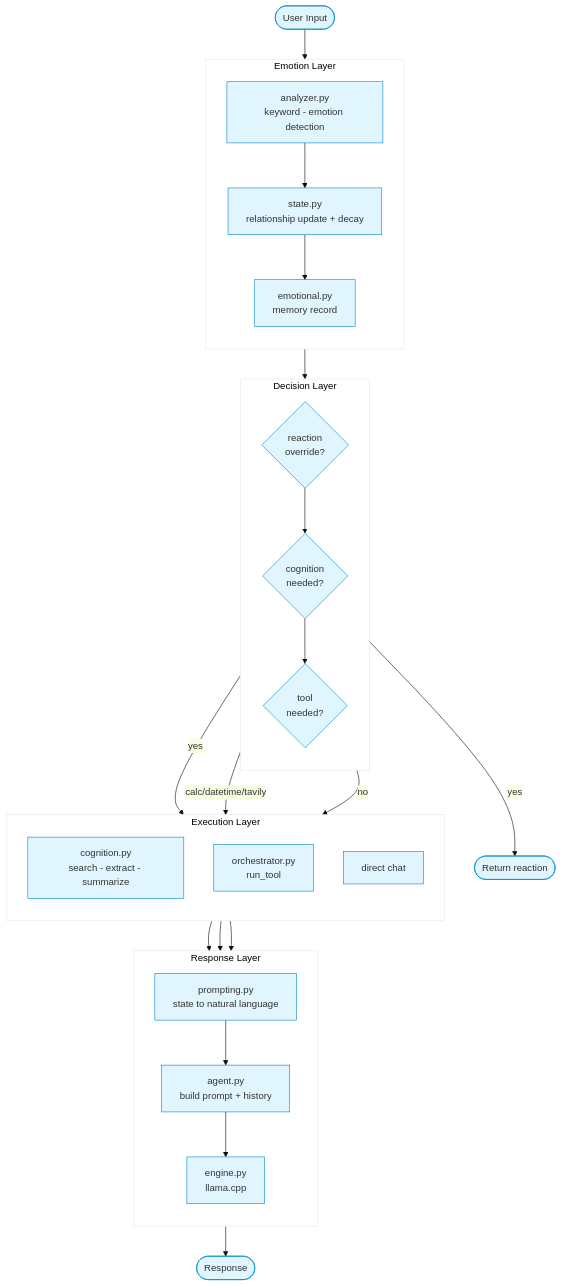
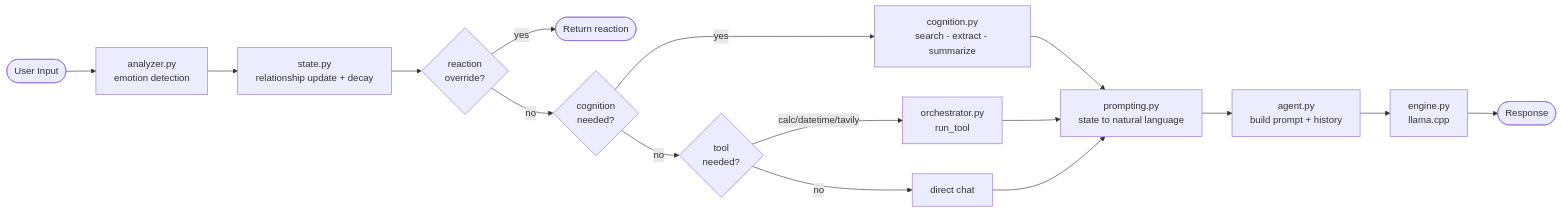
Before and after one commit to suryardh/Veil-Core-Project: the diagram in README.md, drawn with Mermaid.

Commit message:
docs: flatten architecture mermaid - remove subgraphs/unsupported shape, verify no-overlap in v10/v11

````diff
--- a/README.md
+++ b/README.md
@@ -103,50 +103,18 @@
 ```mermaid
-%%{init: {'theme': 'base', 'themeVariables': {'primaryColor': '#e1f5fe', 'primaryBorderColor': '#0288d1', 'tertiaryColor': '#fff'}}}%%
-flowchart TB
-    Input([User Input])
-
-    subgraph EMOTION["Emotion Layer"]
-        direction TB
-        Analyzer[analyzer.py<br/>keyword - emotion detection]
-        State[state.py<br/>relationship update + decay]
-        EmoMem[emotional.py<br/>memory record]
-        Analyzer --> State --> EmoMem
-    end
-
-    subgraph DECIDE["Decision Layer"]
-        direction TB
-        React{reaction<br/>override?}
-        CogCheck{cognition<br/>needed?}
-        ToolCheck{tool<br/>needed?}
-        React --> CogCheck --> ToolCheck
-    end
-
-    subgraph ROUTE["Execution Layer"]
-        direction TB
-        Cognition[cognition.py<br/>search - extract - summarize]
-        Tool[orchestrator.py<br/>run_tool]
-        Direct[direct chat]
-    end
-
-    subgraph RENDER["Response Layer"]
-        direction TB
-        Prompt[prompting.py<br/>state to natural language]
-        Agent[agent.py<br/>build prompt + history]
-        LLM[engine.py<br/>llama.cpp]
-        Prompt --> Agent --> LLM
-    end
-
-    Input --> EMOTION
-    EMOTION --> React
-
+flowchart LR
+    Input([User Input]) --> Analyzer[analyzer.py<br/>emotion detection]
+    Analyzer --> State[state.py<br/>relationship update + decay]
+    State --> React{reaction<br/>override?}
     React -->|yes| Out([Return reaction])
-    CogCheck -->|yes| Cognition
-    ToolCheck -->|calc/datetime/tavily| Tool
-    ToolCheck -->|no| Direct
-
-    Cognition --> Prompt
+    React -->|no| CogCheck{cognition<br/>needed?}
+    CogCheck -->|yes| Cognition[cognition.py<br/>search - extract - summarize]
+    CogCheck -->|no| ToolCheck{tool<br/>needed?}
+    ToolCheck -->|calc/datetime/tavily| Tool[orchestrator.py<br/>run_tool]
+    ToolCheck -->|no| Direct[direct chat]
+    Cognition --> Prompt[prompting.py<br/>state to natural language]
     Tool --> Prompt
     Direct --> Prompt
-
-    LLM --> Out2([Response])
+    Prompt --> Agent[agent.py<br/>build prompt + history]
+    Agent --> LLM[engine.py<br/>llama.cpp]
+    LLM --> OutFinal([Response])
 ```
````
